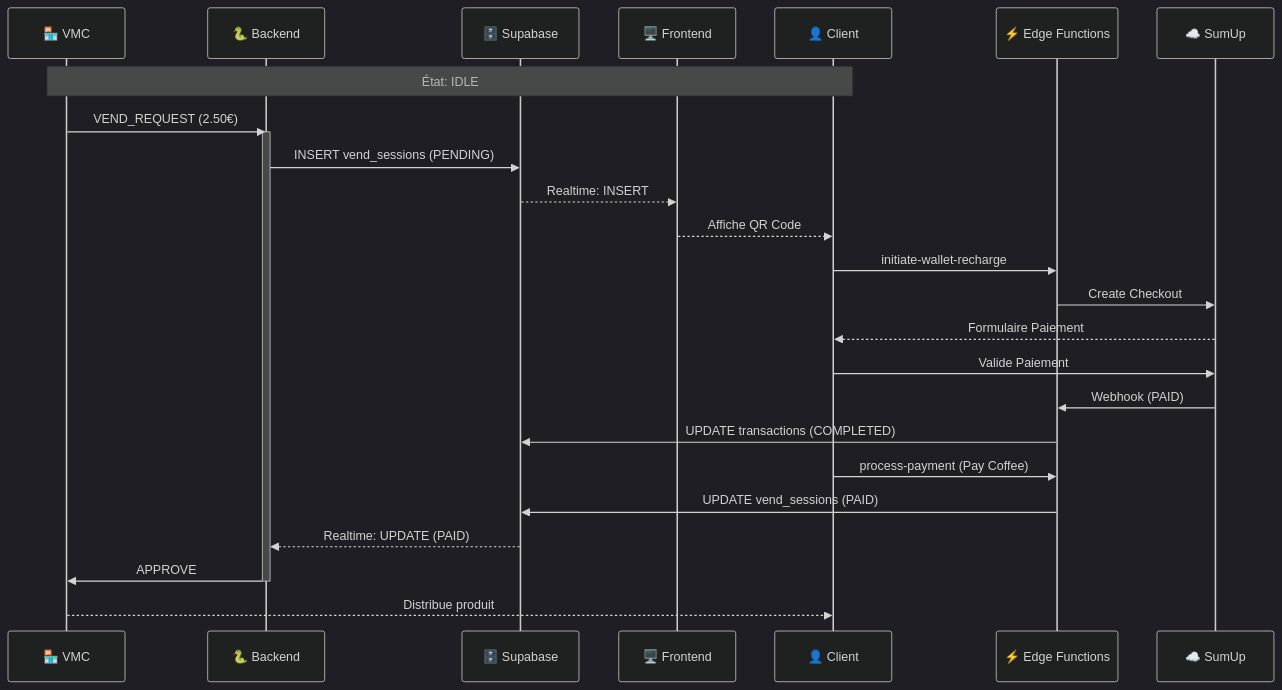
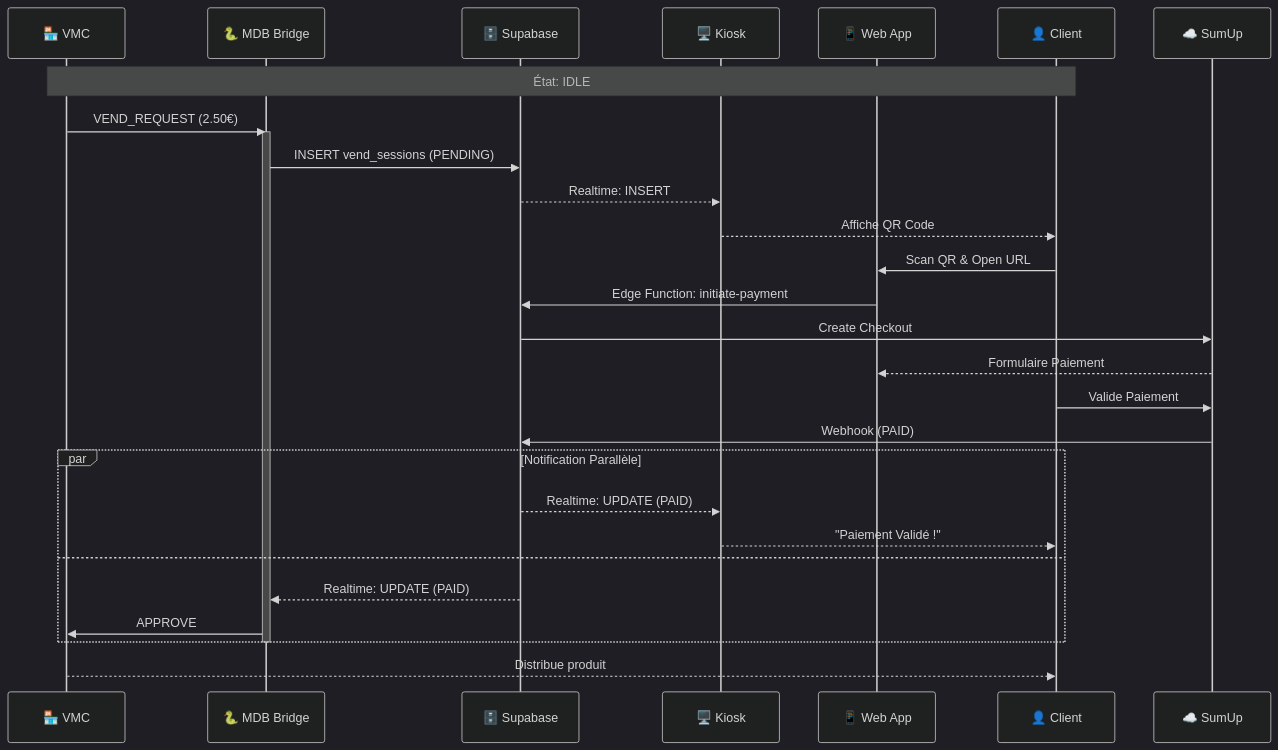
Before and after one commit to jiroscripts/sumup-mdb-qibixx: the third of 3 diagrams in docs/architecture.md, drawn with Mermaid. The commit also changed other lines of this file and 20 other files, not shown here.

First line of the commit message:
refactor: rename backend to mdb_bridge and frontend to kiosk

````diff
--- a/docs/architecture.md
+++ b/docs/architecture.md
@@ -131,36 +111,39 @@
 ```mermaid
 %%{init: {'theme':'dark', 'themeVariables': { 'fontSize':'20px'}}}%%
 sequenceDiagram
     participant VMC as 🏪 VMC
-    participant Backend as 🐍 Backend
+    participant Bridge as 🐍 MDB Bridge
     participant Supabase as 🗄️ Supabase
-    participant Frontend as 🖥️ Frontend
+    participant Kiosk as 🖥️ Kiosk
+    participant WebApp as 📱 Web App
     participant User as 👤 Client
-    participant Edge as ⚡ Edge Functions
     participant SumUp as ☁️ SumUp
 
     Note over VMC,User: État: IDLE
 
-    VMC->>Backend: VEND_REQUEST (2.50€)
-    activate Backend
-    Backend->>Supabase: INSERT vend_sessions (PENDING)
-    Supabase-->>Frontend: Realtime: INSERT
-    Frontend-->>User: Affiche QR Code
+    VMC->>Bridge: VEND_REQUEST (2.50€)
+    activate Bridge
+    Bridge->>Supabase: INSERT vend_sessions (PENDING)
+    Supabase-->>Kiosk: Realtime: INSERT
+    Kiosk-->>User: Affiche QR Code
     
-    User->>Edge: initiate-wallet-recharge
-    Edge->>SumUp: Create Checkout
-    SumUp-->>User: Formulaire Paiement
+    User->>WebApp: Scan QR & Open URL
+    WebApp->>Supabase: Edge Function: initiate-payment
+    Supabase->>SumUp: Create Checkout
+    SumUp-->>WebApp: Formulaire Paiement
     
     User->>SumUp: Valide Paiement
-    SumUp->>Edge: Webhook (PAID)
-    Edge->>Supabase: UPDATE transactions (COMPLETED)
+    SumUp->>Supabase: Webhook (PAID)
     
-    User->>Edge: process-payment (Pay Coffee)
-    Edge->>Supabase: UPDATE vend_sessions (PAID)
+    par Notification Parallèle
+        Supabase-->>Kiosk: Realtime: UPDATE (PAID)
+        Kiosk-->>User: "Paiement Validé !"
+    and
+        Supabase-->>Bridge: Realtime: UPDATE (PAID)
+        Bridge->>VMC: APPROVE
+    end
     
-    Supabase-->>Backend: Realtime: UPDATE (PAID)
-    Backend->>VMC: APPROVE
-    deactivate Backend
+    deactivate Bridge
     
     VMC-->>User: Distribue produit
 ```
````
